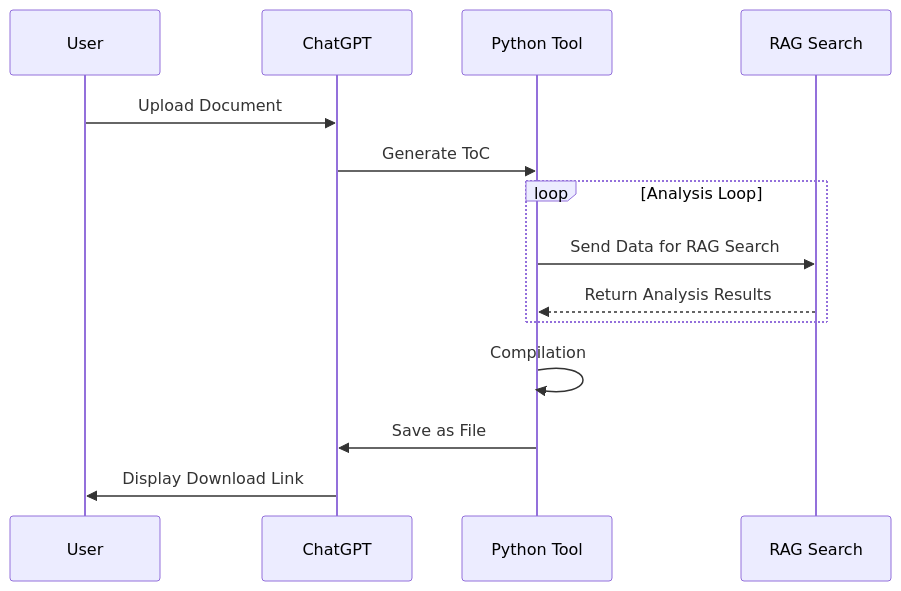
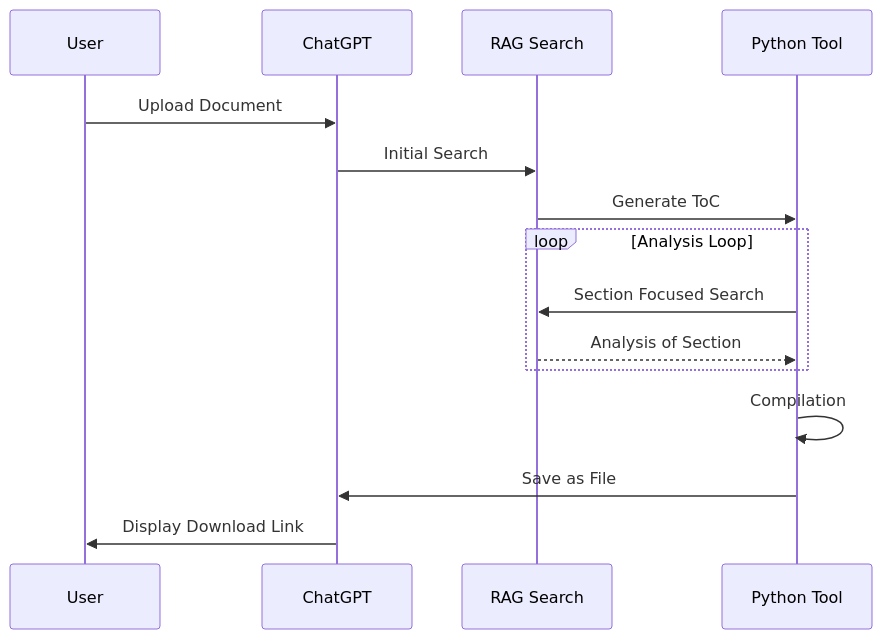
The second of 6 diagrams in README.md (nerority/Advanced-GPTs), drawn with Mermaid before and after one commit.

````diff
--- a/README.md
+++ b/README.md
@@ -84,17 +84,18 @@
 ```mermaid
 sequenceDiagram
     participant User
     participant ChatGPT
+    participant RAG as RAG Search
     participant PythonTool as Python Tool
-    participant RAG as RAG Search
 
     User->>ChatGPT: Upload Document
-    ChatGPT->>PythonTool: Generate ToC
+    ChatGPT->>RAG: Initial Search
+    RAG->>PythonTool: Generate ToC
     loop Analysis Loop
-        PythonTool->>RAG: Send Data for RAG Search
-        RAG-->>PythonTool: Return Analysis Results
+        PythonTool->>RAG: Section Focused Search
+        RAG-->>PythonTool: Analysis of Section
     end
     PythonTool->>PythonTool: Compilation
     PythonTool->>ChatGPT: Save as File
     ChatGPT->>User: Display Download Link
 ```
````
